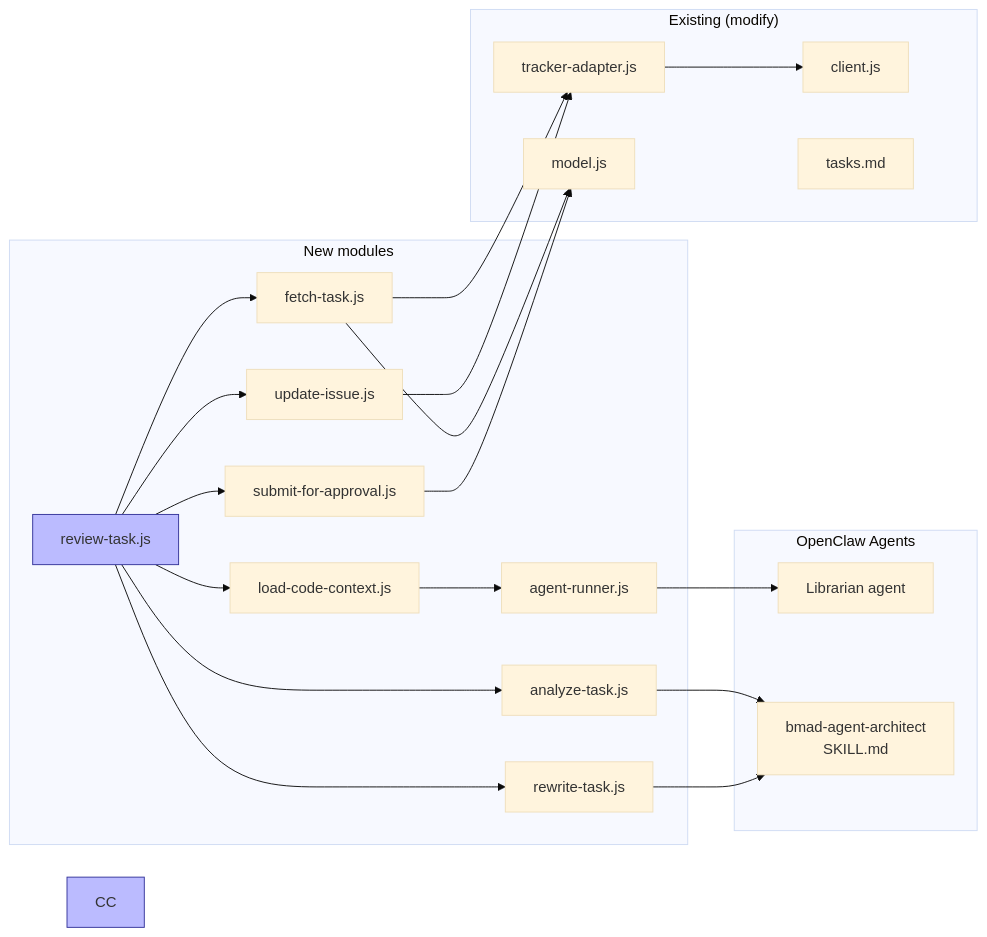
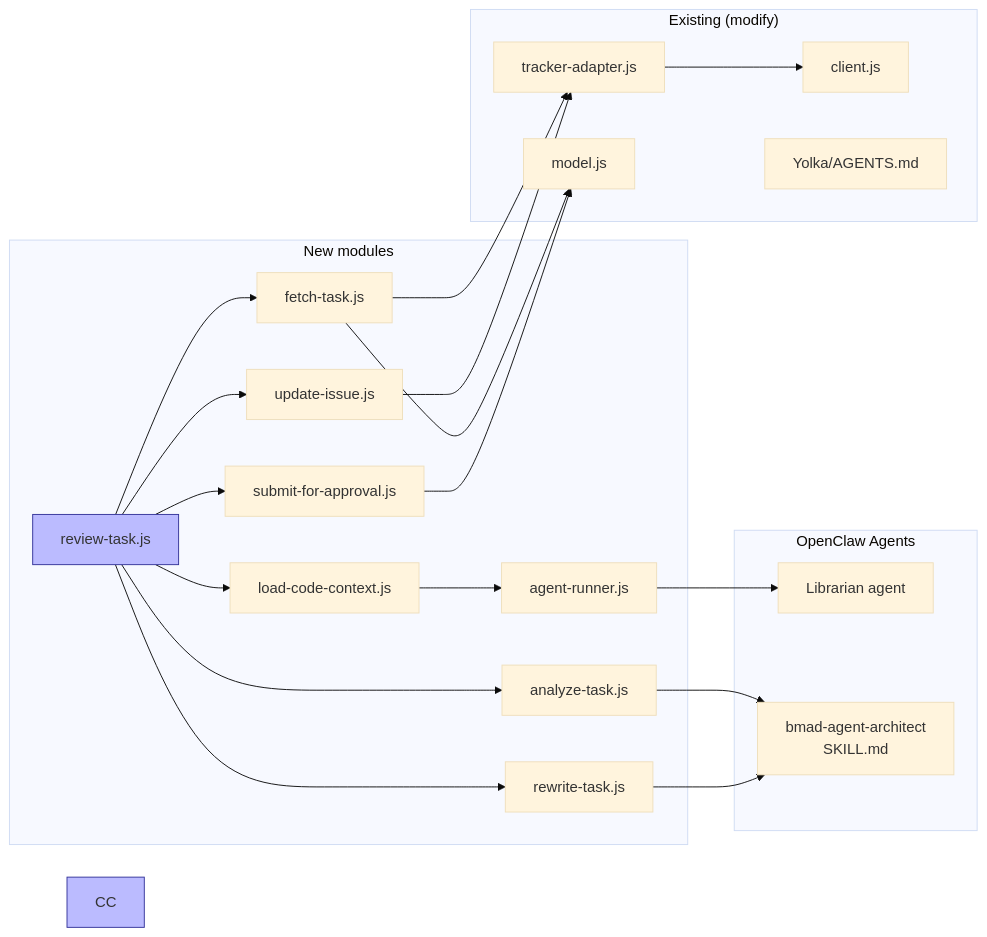
Before and after one commit to Kuzmin-Dmitry/yaaf: the fifth of 5 diagrams in docs/features/review-task.md, drawn with Mermaid (base theme). The commit also changed other lines of this file and 16 other files, not shown here.

````diff
--- a/docs/features/review-task.md
+++ b/docs/features/review-task.md
@@ -389,46 +389,46 @@
 ```mermaid
 graph LR
     subgraph "Existing (modify)"
         TA[tracker-adapter.js]
         CL[client.js]
         MO[model.js]
-        SK[tasks.md]
+        YA[Yolka/AGENTS.md]
     end
 
     subgraph "New modules"
         RT[review-task.js]
         AR_RUN[agent-runner.js]
         FT[fetch-task.js]
         LC[load-code-context.js]
         AN[analyze-task.js]
         RW[rewrite-task.js]
         SA[submit-for-approval.js]
         UI[update-issue.js]
     end
 
     subgraph "OpenClaw Agents"
         LIB[Librarian agent]
         AR[bmad-agent-architect<br/>SKILL.md]
     end
 
     RT --> FT
     RT --> LC
     RT --> AN
     RT --> RW
     RT --> SA
     RT --> UI
 
     FT --> TA
     LC --> AR_RUN
     AR_RUN --> LIB
     UI --> TA
     TA --> CL
     AN --> AR
     RW --> AR
 
     FT --> MO
     SA --> MO
 
     style RT fill:#bbf,stroke:#339
     style CC fill:#bbf,stroke:#339
 ```
````
